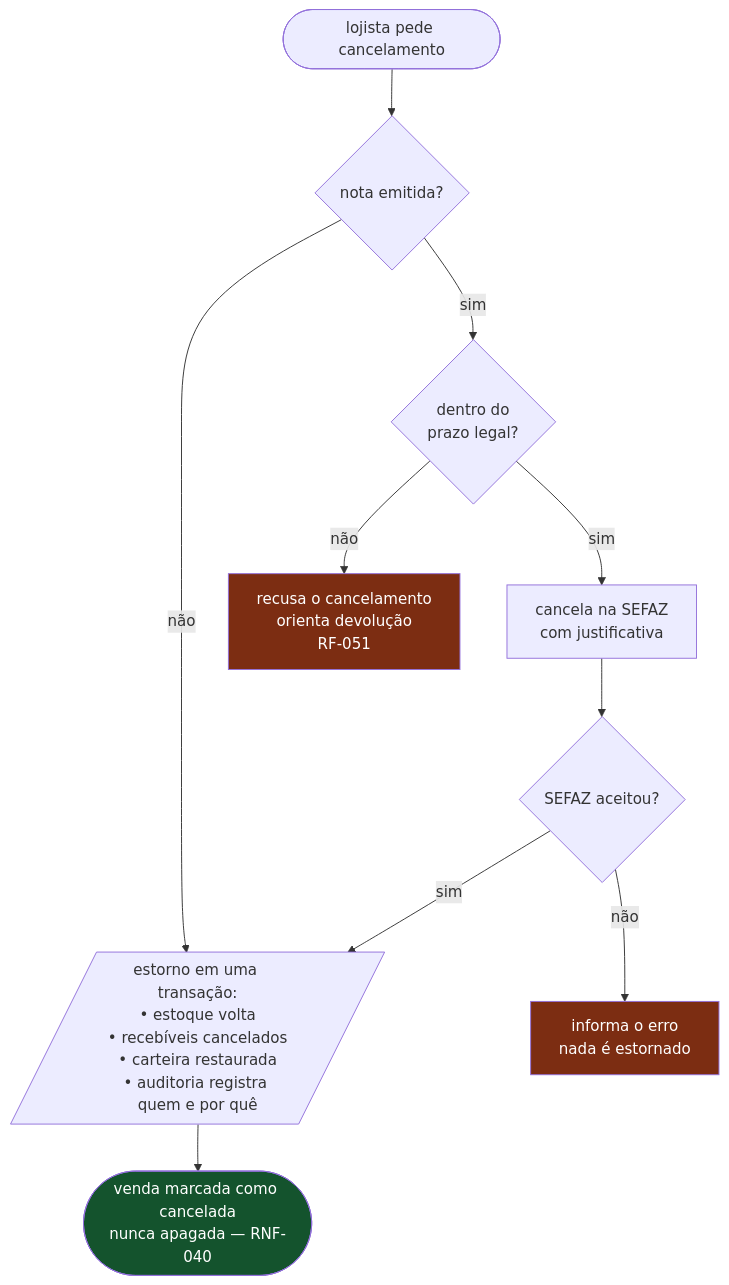
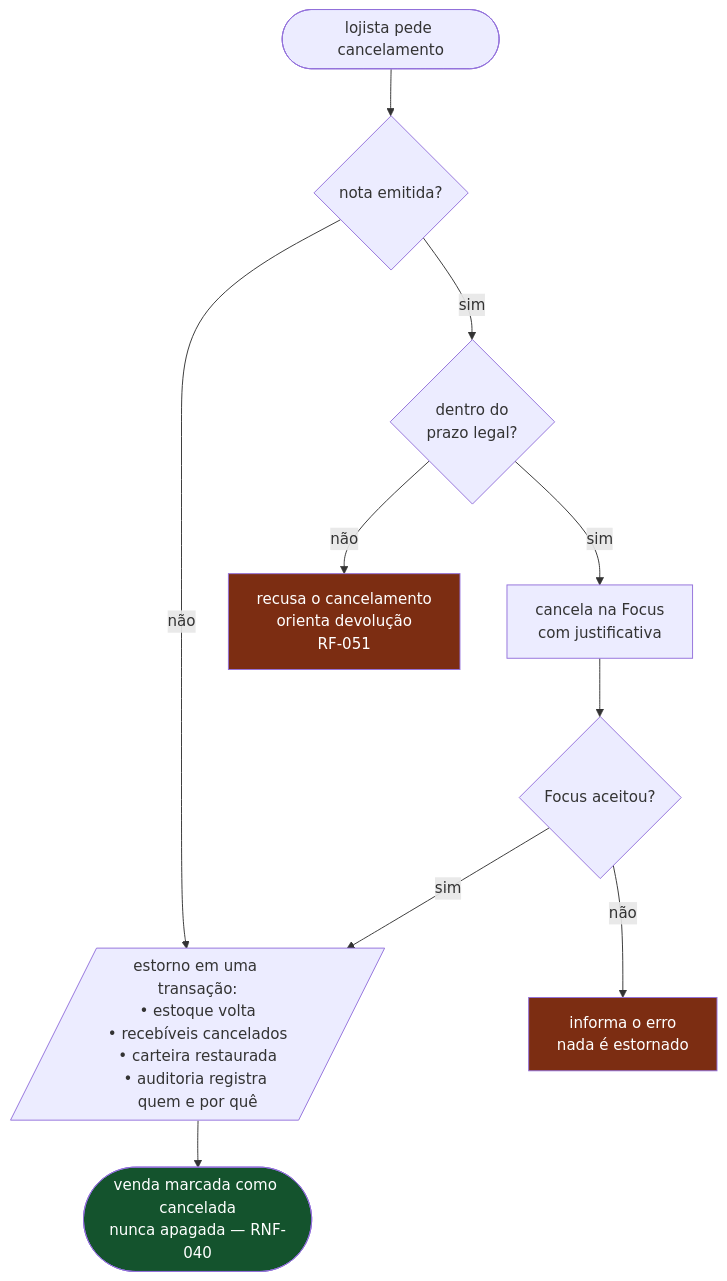
Before and after one commit to glevi2004/na-regua: the fifth of 6 diagrams in docs/arquitetura/fluxos.md, drawn with Mermaid. The commit also changed other lines of this file and 73 other files, not shown here.

First line of the commit message:
feat(db): materializar schema enxuto com rls e satelites de integracao

````diff
--- a/docs/arquitetura/fluxos.md
+++ b/docs/arquitetura/fluxos.md
@@ -273,21 +240,21 @@
 ```mermaid
 flowchart TD
     START([lojista pede cancelamento]) --> HASINV{nota emitida?}
 
     HASINV -->|não| REVERT
     HASINV -->|sim| DEADLINE{dentro do<br/>prazo legal?}
 
-    DEADLINE -->|sim| CANCELNF[cancela na SEFAZ<br/>com justificativa]
+    DEADLINE -->|sim| CANCELNF[cancela na Focus<br/>com justificativa]
     DEADLINE -->|não| REFUSE[recusa o cancelamento<br/>orienta devolução<br/>RF-051]
 
-    CANCELNF --> OK{SEFAZ aceitou?}
+    CANCELNF --> OK{Focus aceitou?}
     OK -->|não| FAIL[informa o erro<br/>nada é estornado]
     OK -->|sim| REVERT
 
     REVERT[/"estorno em uma transação:<br/>• estoque volta<br/>• recebíveis cancelados<br/>• carteira restaurada<br/>• auditoria registra quem e por quê"/]
     REVERT --> DONE([venda marcada como cancelada<br/>nunca apagada — RNF-040])
 
     style REFUSE fill:#7c2d12,color:#fff
     style FAIL fill:#7c2d12,color:#fff
     style DONE fill:#14532d,color:#fff
 ```
````
